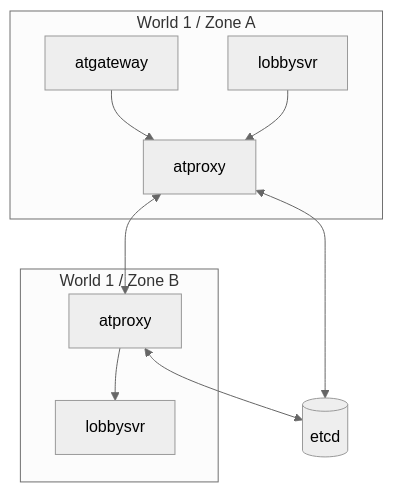
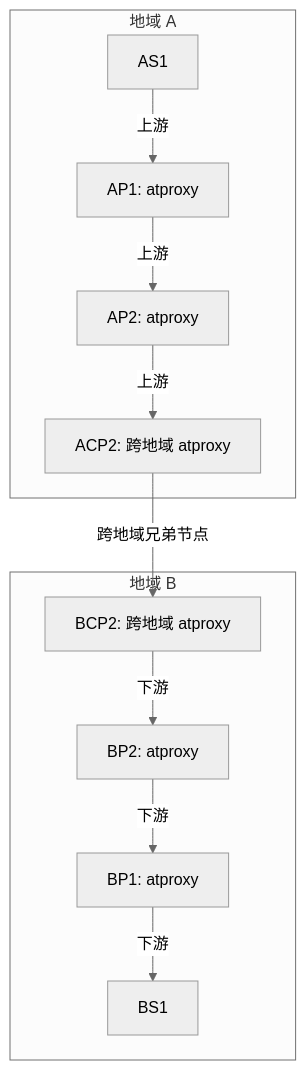
The third of 3 diagrams in doc/docs/architecture/gateway-proxy.md (atframework/atsf4g-co), drawn with Mermaid (neutral theme) before and after one commit. The commit also changed other lines of this file and 3 other files, not shown here.

````diff
--- a/doc/docs/architecture/gateway-proxy.md
+++ b/doc/docs/architecture/gateway-proxy.md
@@ -45,13 +105,14 @@
 ```mermaid
 flowchart TB
-    subgraph ZoneA[World 1 / Zone A]
-      GW1[atgateway] --> P1[atproxy]
-      L1[lobbysvr] --> P1
+    subgraph RegionA[地域 A]
+      AS1[AS1] -->|上游| AP1[AP1: atproxy]
+      AP1 -->|上游| AP2[AP2: atproxy]
+      AP2 -->|上游| ACP2[ACP2: 跨地域 atproxy]
     end
-    subgraph ZoneB[World 1 / Zone B]
-      P2[atproxy] --> L2[lobbysvr]
+    subgraph RegionB[地域 B]
+      BCP2[BCP2: 跨地域 atproxy] -->|下游| BP2[BP2: atproxy]
+      BP2 -->|下游| BP1[BP1: atproxy]
+      BP1 -->|下游| BS1[BS1]
     end
-    P1 <--> P2
-    P1 <--> ETCD[(etcd)]
-    P2 <--> ETCD
+    ACP2 -->|跨地域兄弟节点| BCP2
 ```
````
